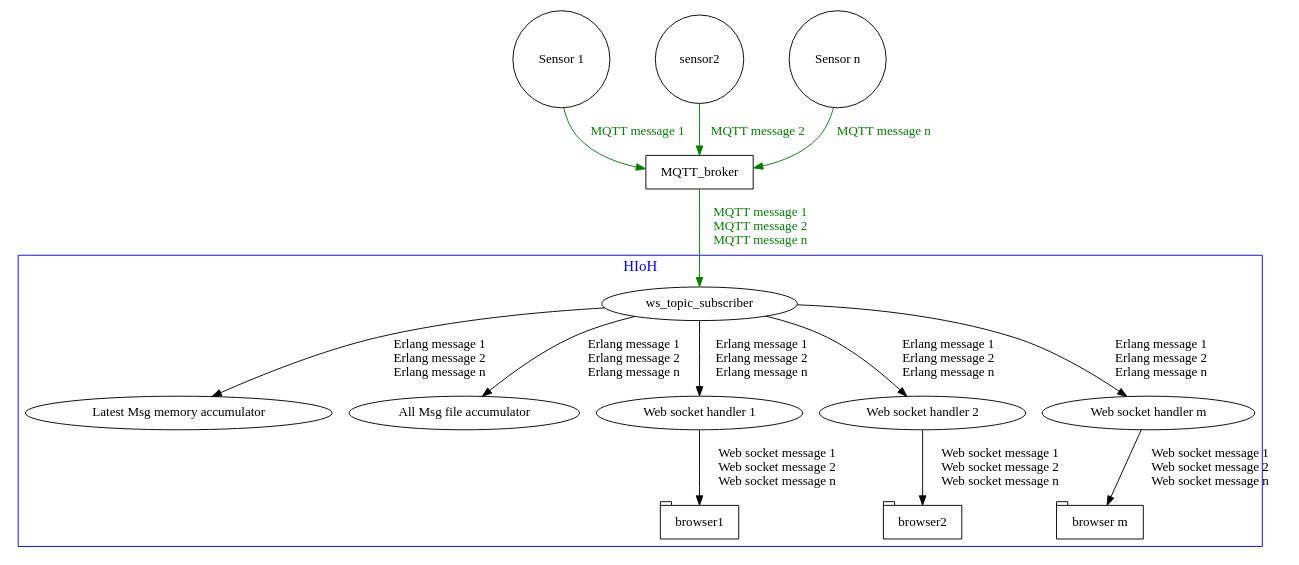
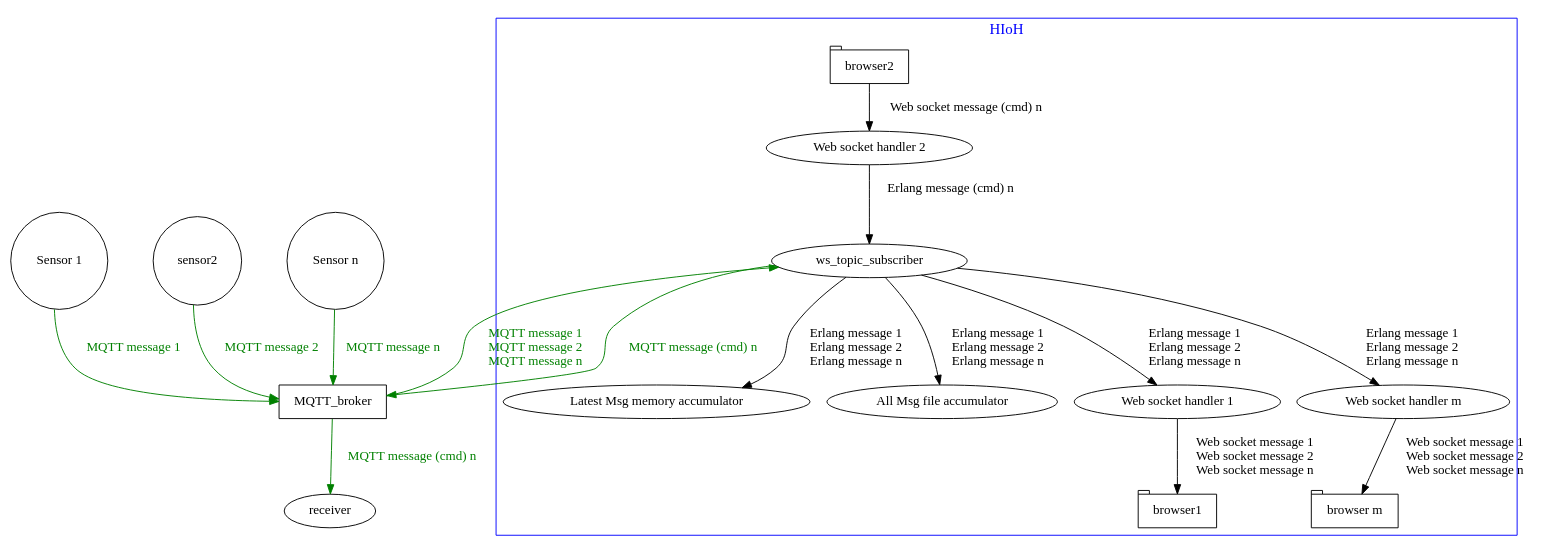
One commit to azku/HIoH changed the diagram in hioh.dot. Above: the diagram before and after it, drawn with Graphviz. The commit also changed 8 other files, not shown here.

```diff
--- a/hioh.dot
+++ b/hioh.dot
@@ -1,49 +1,53 @@
 digraph {
         
 sensor1[shape="circle", label="Sensor 1"];
 sensor2[shape="circle", style=rounded];
 sensorn[shape="circle", label="Sensor n"];
 MQTT_broker[shape="box"];
 subgraph cluster1 {
         label = "HIoH";
         fontcolor="blue";
         fontsize=16;
         
         ws_topic_subscriber
         memory_acc[label="Latest Msg memory accumulator"];
         file_acc[label="All Msg file accumulator"];
         browser1;
         browser2;
         browserm[label="browser m"];
         color=blue;
 }
  
     sensor1 -> MQTT_broker[label="MQTT message 1" color="green" fontcolor="green"];
     sensor2 -> MQTT_broker[label="MQTT message 2" color="green" fontcolor="green"];
     sensorn -> MQTT_broker[label="MQTT message n" color="green" fontcolor="green"];
+    MQTT_broker -> receiver[label="MQTT message (cmd) n" color="green" fontcolor="green"];
+    
 
     MQTT_broker ->ws_topic_subscriber[label="MQTT message 1 \nMQTT message 2 \nMQTT message n"color="green" fontcolor="green"];
+    ws_topic_subscriber -> MQTT_broker[label="MQTT message (cmd) n"color="green" fontcolor="green"];
+    
 
     subgraph cluster1 {
             color=blue;
             memory_acc;
             file_acc;
             ws_handler1[label="Web socket handler 1"];
             ws_handler2[label="Web socket handler 2"];
             ws_handlerm[label="Web socket handler m"];
             browser1[shape="tab"];
             browser2[shape="tab"];
             browserm[label="browser m" shape="tab"];
 
             }
     ws_topic_subscriber-> memory_acc[label="Erlang message 1 \nErlang message 2 \nErlang message n"];
     ws_topic_subscriber-> file_acc[label="Erlang message 1 \nErlang message 2 \nErlang message n"];
     ws_topic_subscriber-> ws_handler1[label="Erlang message 1 \nErlang message 2 \nErlang message n"];
-    ws_topic_subscriber-> ws_handler2[label="Erlang message 1 \nErlang message 2 \nErlang message n"];
+    ws_handler2-> ws_topic_subscriber[label="Erlang message (cmd) n"];
     ws_topic_subscriber-> ws_handlerm[label="Erlang message 1 \nErlang message 2 \nErlang message n"];
 
     ws_handler1 -> browser1[label="Web socket message 1 \nWeb socket message 2 \nWeb socket message n"];
-    ws_handler2 -> browser2[label="Web socket message 1 \nWeb socket message 2 \nWeb socket message n"];
+    browser2 -> ws_handler2[label="Web socket message (cmd) n"];
     ws_handlerm -> browserm[label="Web socket message 1 \nWeb socket message 2 \nWeb socket message n"];
 
 }
```
